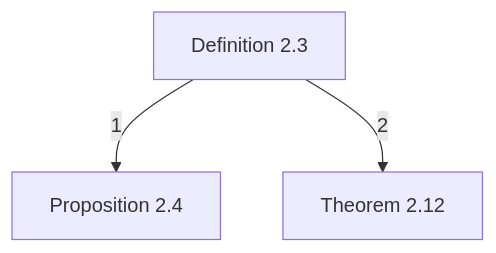
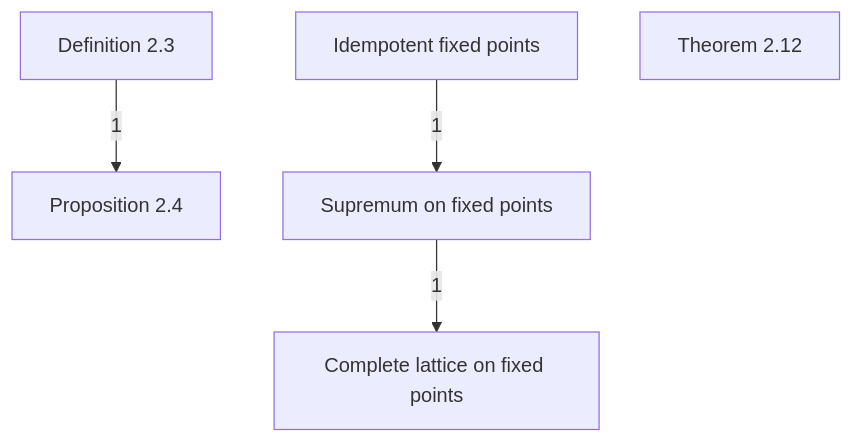
One commit to catskillsresearch/DomainTheory changed the diagram in DomainTheory/ContinuousLattice/ContinuousLattices/ContinuousLattices.mermaid. Above: the diagram before and after it, drawn with Mermaid. The commit also changed 17 other files, not shown here.

```diff
--- a/DomainTheory/ContinuousLattice/ContinuousLattices/ContinuousLattices.mermaid
+++ b/DomainTheory/ContinuousLattice/ContinuousLattices/ContinuousLattices.mermaid
@@ -1,15 +1,19 @@
 %% Notes of the continuous lattice section, in outline order.
 %% Each box is one outline note from 1972_Continuous_lattice_order.md.
 %% Arrowhead on the importer. The number is a direct-import count.
 %% An arrow already implied by a longer path is omitted.
 flowchart TB
 
+  IFPCL["Complete lattice on fixed points"]
   D23["Definition 2.3"]
+  IFP["Idempotent fixed points"]
   P24["Proposition 2.4"]
+  IFPS["Supremum on fixed points"]
   T212["Theorem 2.12"]
 
+  IFPS -->|"1"| IFPCL
+  IFP -->|"1"| IFPS
   D23 -->|"1"| P24
-  D23 -->|"2"| T212
 
   classDef file fill:#dbeafe,stroke:#1d4ed8,color:#1e3a8a
   classDef ext fill:#f3f4f6,stroke:#374151,color:#111827
```
